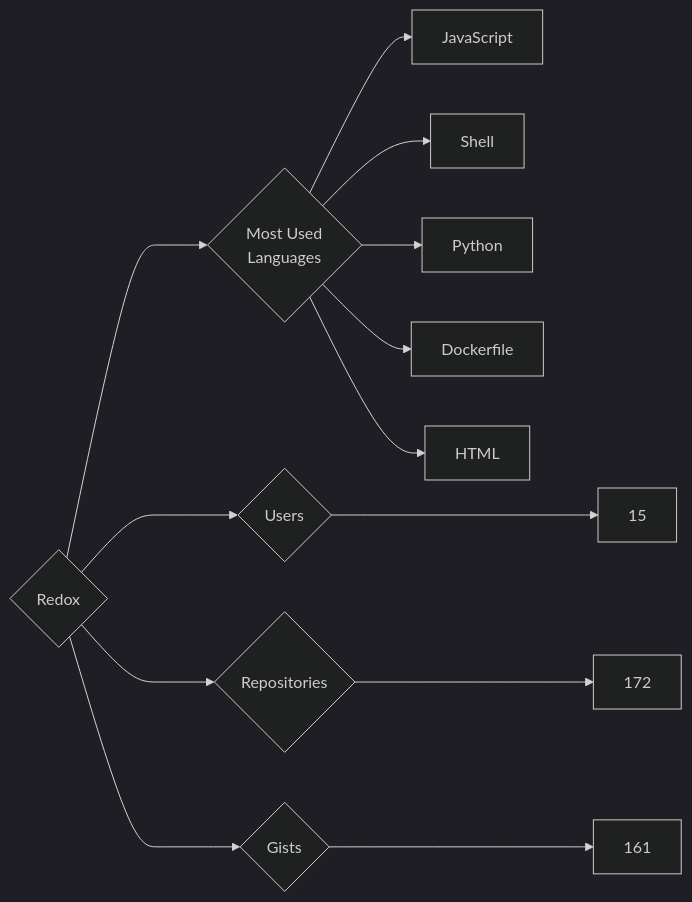
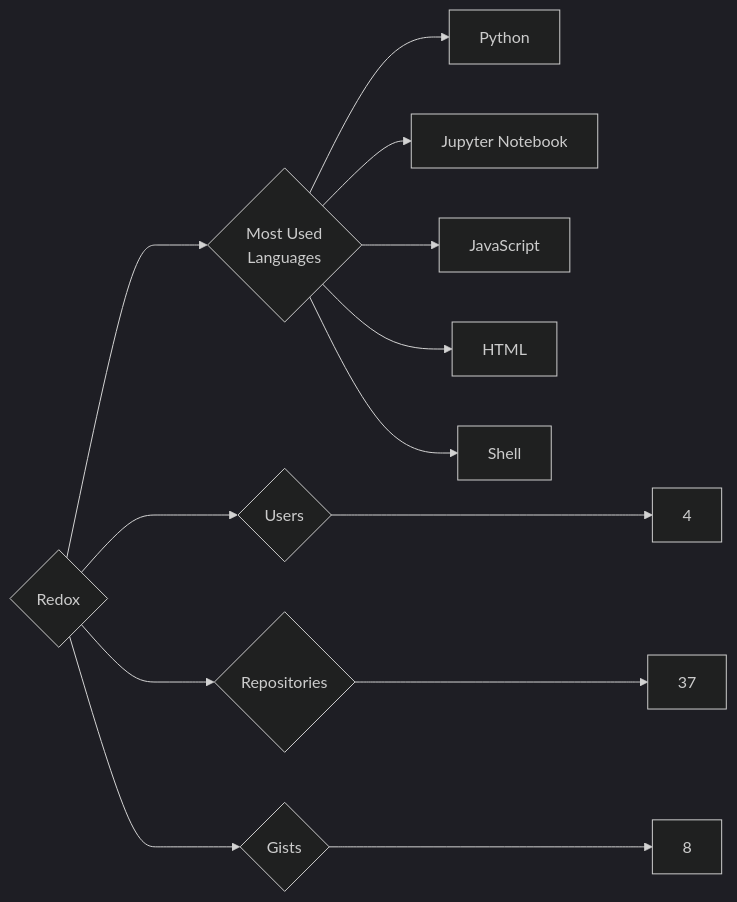
One commit to trickest/insiders changed the diagram in targets/Redox/README.md. Above: the diagram before and after it, drawn with Mermaid (dark theme). The commit also changed 995 other files, not shown here.

````diff
--- a/targets/Redox/README.md
+++ b/targets/Redox/README.md
@@ -3,13 +3,13 @@
 ```mermaid
 graph LR
 COMPANY_NAME{Redox}
-COMPANY_NAME ---> U{Users} ---> UN[15]
-COMPANY_NAME ---> R{Repositories} ---> RN[172]
-COMPANY_NAME ---> G{Gists} ---> GN[161]
+COMPANY_NAME ---> U{Users} ---> UN[4]
+COMPANY_NAME ---> R{Repositories} ---> RN[37]
+COMPANY_NAME ---> G{Gists} ---> GN[8]
 COMPANY_NAME ---> ML{Most Used<br>Languages}
+ML --> Python[Python]
+ML --> Jupyter_Notebook[Jupyter Notebook]
 ML --> JavaScript[JavaScript]
+ML --> HTML[HTML]
 ML --> Shell[Shell]
-ML --> Python[Python]
-ML --> Dockerfile[Dockerfile]
-ML --> HTML[HTML]
 ```
````
